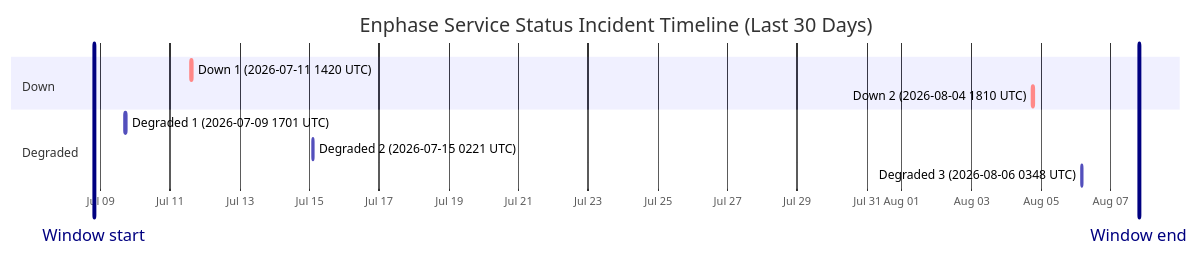
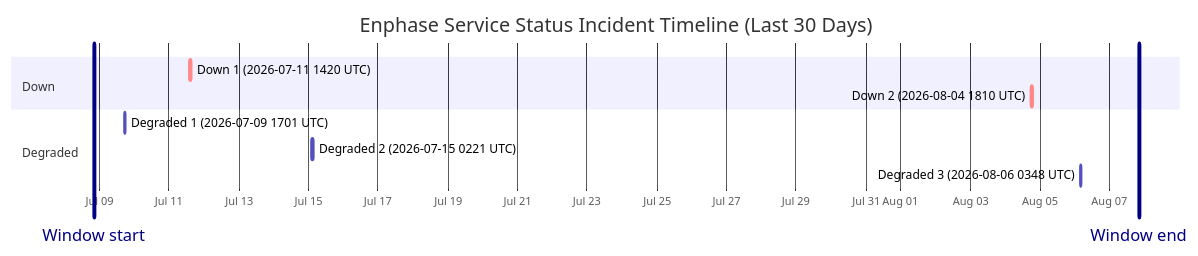
The diagram in wiki/Service-Status-History.md (barneyonline/ha-enphase-energy), drawn with Mermaid before and after one commit. The commit also changed other lines of this file and 3 other files, not shown here.

````diff
--- a/wiki/Service-Status-History.md
+++ b/wiki/Service-Status-History.md
@@ -14,15 +14,15 @@
 ```mermaid
 gantt
     title Enphase Service Status Incident Timeline (Last 30 Days)
     dateFormat  YYYY-MM-DDTHH:mm:ss
     axisFormat  %b %d
-    Window start :vert, window-start, 2026-07-08T19:28:18, 0ms
-    Window end :vert, window-end, 2026-08-07T19:28:18, 0ms
+    Window start :vert, window-start, 2026-07-08T20:07:54, 0ms
+    Window end :vert, window-end, 2026-08-07T20:07:54, 0ms
     section Down
     Down 1 (2026-07-11 1420 UTC) :crit, down-1, 2026-07-11T14:20:54, 69m
     Down 2 (2026-08-04 1810 UTC) :crit, down-2, 2026-08-04T18:10:46, 60m
     section Degraded
     Degraded 1 (2026-07-09 1701 UTC) :active, degraded-1, 2026-07-09T17:01:02, 60m
     Degraded 2 (2026-07-15 0221 UTC) :active, degraded-2, 2026-07-15T02:21:35, 60m
     Degraded 3 (2026-08-06 0348 UTC) :active, degraded-3, 2026-08-06T03:48:14, 60m
 ```
````
